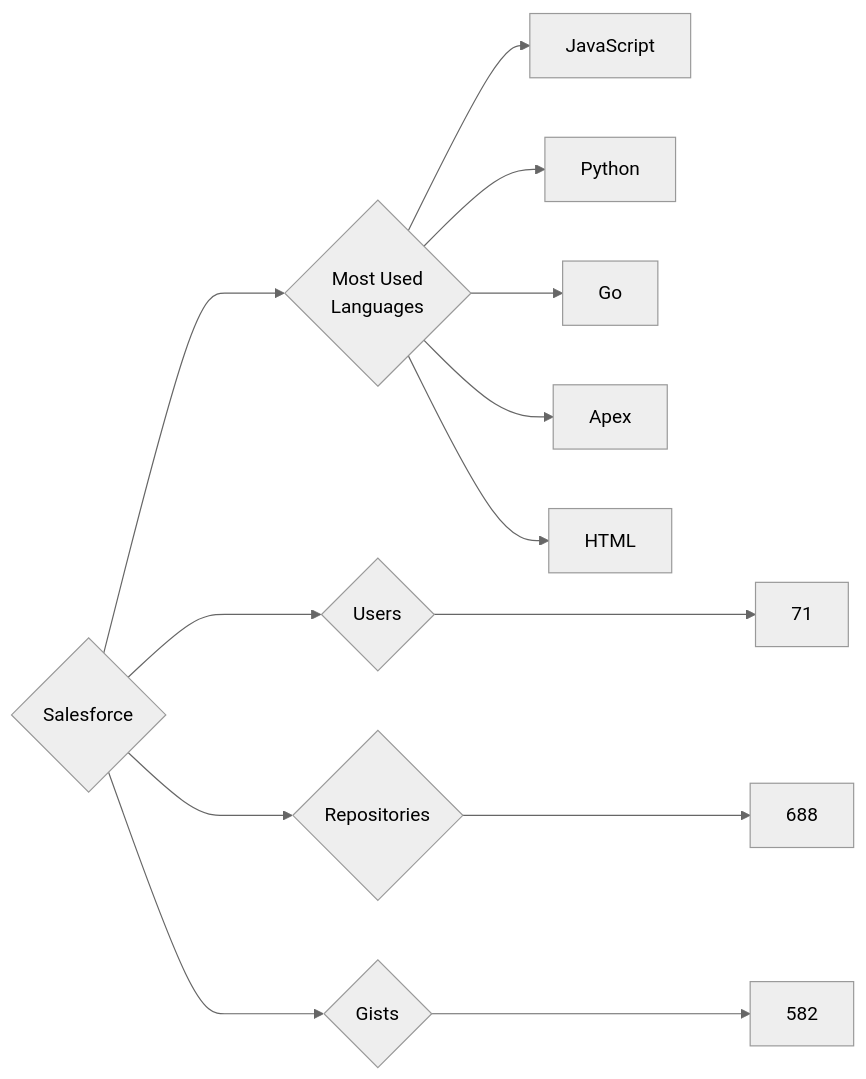
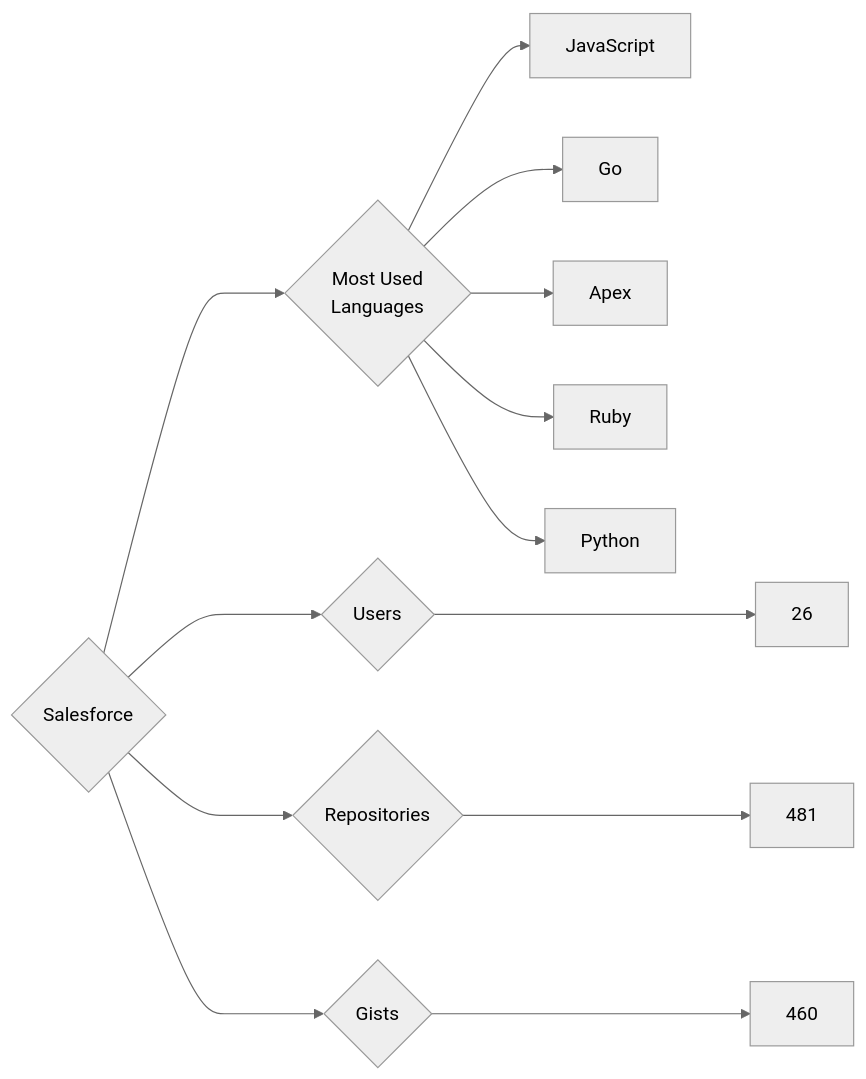
The diagram in targets/Salesforce/README.md (trickest/insiders), drawn with Mermaid (neutral theme) before and after one commit. The commit also changed 870 other files, not shown here.

````diff
--- a/targets/Salesforce/README.md
+++ b/targets/Salesforce/README.md
@@ -3,13 +3,13 @@
 ```mermaid
 graph LR
 COMPANY_NAME{Salesforce}
-COMPANY_NAME ---> U{Users} ---> UN[71]
-COMPANY_NAME ---> R{Repositories} ---> RN[688]
-COMPANY_NAME ---> G{Gists} ---> GN[582]
+COMPANY_NAME ---> U{Users} ---> UN[26]
+COMPANY_NAME ---> R{Repositories} ---> RN[481]
+COMPANY_NAME ---> G{Gists} ---> GN[460]
 COMPANY_NAME ---> ML{Most Used<br>Languages}
 ML --> JavaScript[JavaScript]
-ML --> Python[Python]
 ML --> Go[Go]
 ML --> Apex[Apex]
-ML --> HTML[HTML]
+ML --> Ruby[Ruby]
+ML --> Python[Python]
 ```
````
